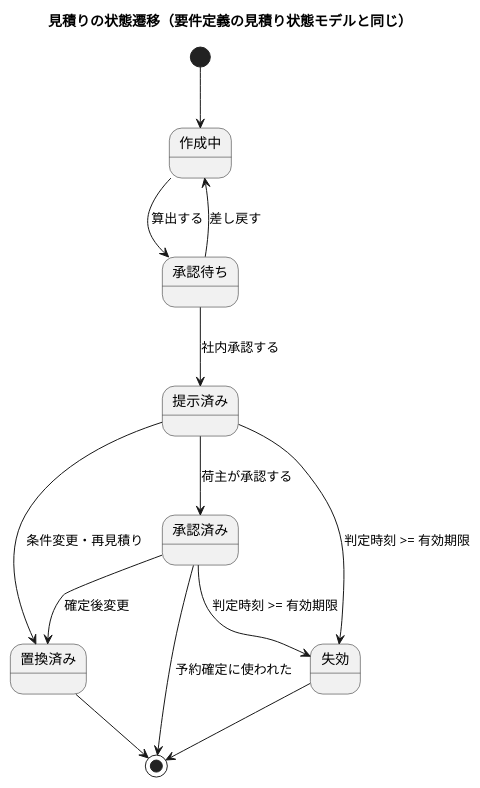
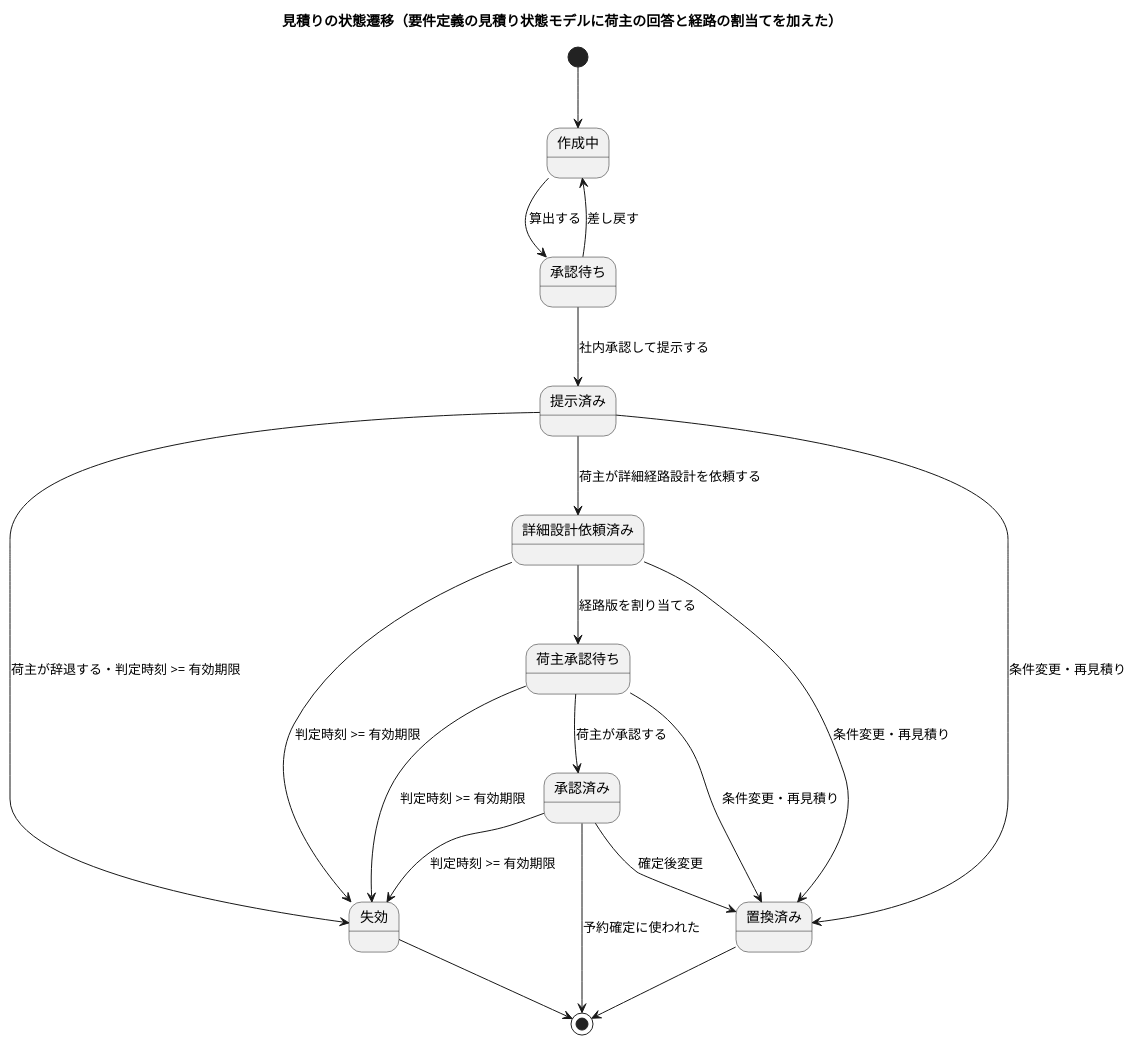
One commit to k2works/practical-domain-driven-design-in-enterpris-application changed the fifth of 15 diagrams in docs/design/cargo-tracker/domain_model.md. Above: the diagram before and after it, drawn with PlantUML. The commit also changed other lines of this file and 25 other files, not shown here.

````diff
--- a/docs/design/cargo-tracker/domain_model.md
+++ b/docs/design/cargo-tracker/domain_model.md
@@ -272,17 +307,23 @@
 ```plantuml
 @startuml
-title 見積りの状態遷移（要件定義の見積り状態モデルと同じ）
+title 見積りの状態遷移（要件定義の見積り状態モデルに荷主の回答と経路の割当てを加えた）
 [*] --> 作成中
 作成中 --> 承認待ち : 算出する
-承認待ち --> 提示済み : 社内承認する
+承認待ち --> 提示済み : 社内承認して提示する
 承認待ち --> 作成中 : 差し戻す
-提示済み --> 承認済み : 荷主が承認する
-提示済み --> 失効 : 判定時刻 >= 有効期限
+提示済み --> 詳細設計依頼済み : 荷主が詳細経路設計を依頼する
+詳細設計依頼済み --> 荷主承認待ち : 経路版を割り当てる
+荷主承認待ち --> 承認済み : 荷主が承認する
+提示済み --> 失効 : 荷主が辞退する・判定時刻 >= 有効期限
+詳細設計依頼済み --> 失効 : 判定時刻 >= 有効期限
+荷主承認待ち --> 失効 : 判定時刻 >= 有効期限
 承認済み --> 失効 : 判定時刻 >= 有効期限
 提示済み --> 置換済み : 条件変更・再見積り
+詳細設計依頼済み --> 置換済み : 条件変更・再見積り
+荷主承認待ち --> 置換済み : 条件変更・再見積り
 承認済み --> 置換済み : 確定後変更
 失効 --> [*]
 置換済み --> [*]
 承認済み --> [*] : 予約確定に使われた
 @enduml
 ```
````
